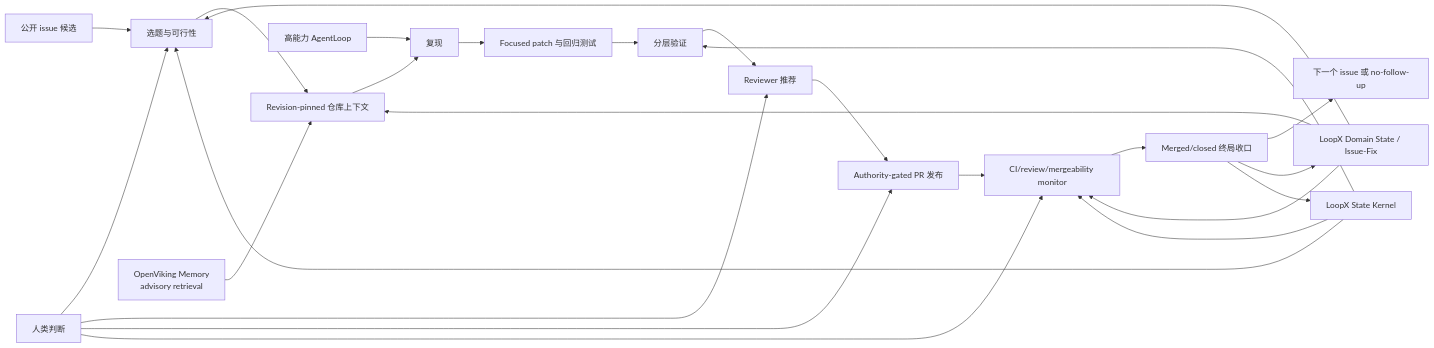
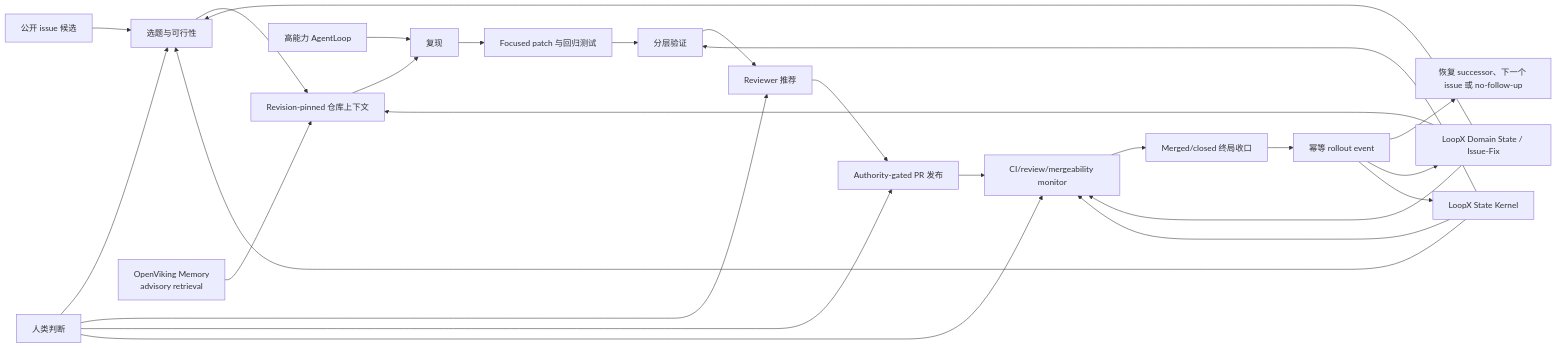
One commit to huangruiteng/goal-harness changed the second of 2 diagrams in docs/capabilities/issue-fix/README.zh-CN.md. Above: the diagram before and after it, drawn with Mermaid. The commit also changed other lines of this file and 2 other files, not shown here.

Commit message:
docs: refresh issue-fix lifecycle and OpenViking usage (#1888)

````diff
--- a/docs/capabilities/issue-fix/README.zh-CN.md
+++ b/docs/capabilities/issue-fix/README.zh-CN.md
@@ -120,27 +122,28 @@
 ```mermaid
 flowchart LR
   I["公开 issue 候选"] --> S["选题与可行性"]
   S --> C["Revision-pinned 仓库上下文"]
   OM["OpenViking Memory<br/>advisory retrieval"] --> C
   C --> R["复现"]
   AL["高能力 AgentLoop"] --> R
   R --> F["Focused patch 与回归测试"]
   F --> V["分层验证"]
   V --> O["Reviewer 推荐"]
   O --> P["Authority-gated PR 发布"]
   P --> M["CI/review/mergeability monitor"]
   M --> T["Merged/closed 终局收口"]
-  T --> N["下一个 issue 或 no-follow-up"]
+  T --> E["幂等 rollout event"]
+  E --> N["恢复 successor、下一个 issue 或 no-follow-up"]
   H["人类判断"] --> S
   H --> O
   H --> P
   H --> M
   DK["LoopX Domain State / Issue-Fix"] --> S
   DK --> C
   DK --> M
   SK["LoopX State Kernel"] --> S
   SK --> V
   SK --> M
-  T --> DK
-  T --> SK
+  E --> DK
+  E --> SK
 ```
````
